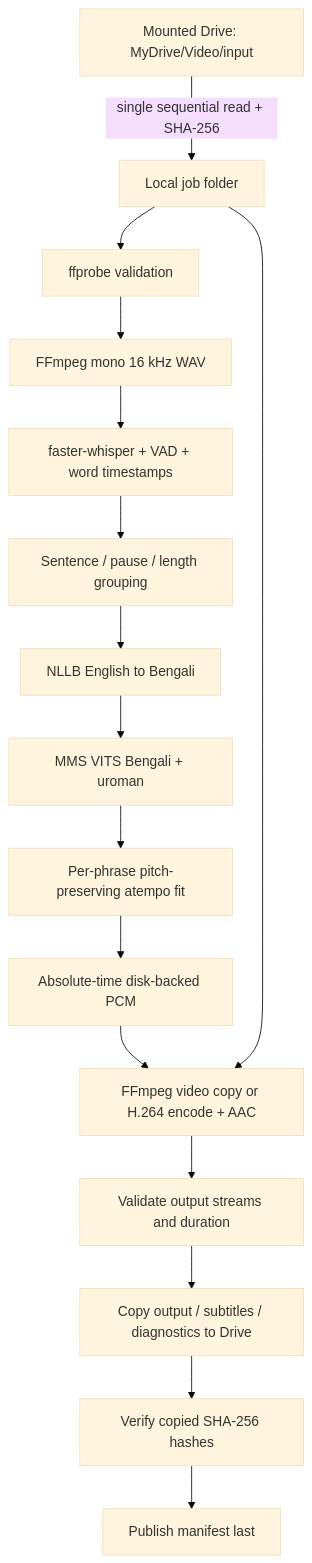
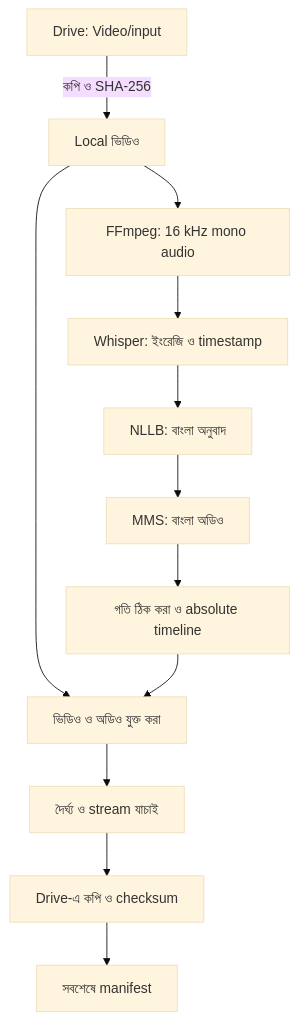
The diagram in docs/ARCHITECTURE.md (redwan-primeAmax/ProXMax), drawn with Mermaid (base theme) before and after one commit. The commit also changed other lines of this file and 11 other files, not shown here.

````diff
--- a/docs/ARCHITECTURE.md
+++ b/docs/ARCHITECTURE.md
@@ -19,18 +39,14 @@
 ```mermaid
 flowchart TD
-    A[Mounted Drive: MyDrive/Video/input] -->|single sequential read + SHA-256| B[Local job folder]
-    B --> C[ffprobe validation]
-    C --> D[FFmpeg mono 16 kHz WAV]
-    D --> E[faster-whisper + VAD + word timestamps]
-    E --> F[Sentence / pause / length grouping]
-    F --> G[NLLB English to Bengali]
-    G --> H[MMS VITS Bengali + uroman]
-    H --> I[Per-phrase pitch-preserving atempo fit]
-    I --> J[Absolute-time disk-backed PCM]
-    J --> K[FFmpeg video copy or H.264 encode + AAC]
-    B --> K
-    K --> L[Validate output streams and duration]
-    L --> M[Copy output / subtitles / diagnostics to Drive]
-    M --> N[Verify copied SHA-256 hashes]
-    N --> O[Publish manifest last]
+    A[Drive: Video/input] -->|কপি ও SHA-256| B[Local ভিডিও]
+    B --> C[FFmpeg: 16 kHz mono audio]
+    C --> D[Whisper: ইংরেজি ও timestamp]
+    D --> E[NLLB: বাংলা অনুবাদ]
+    E --> F[MMS: বাংলা অডিও]
+    F --> G[গতি ঠিক করা ও absolute timeline]
+    B --> H[ভিডিও ও অডিও যুক্ত করা]
+    G --> H
+    H --> I[দৈর্ঘ্য ও stream যাচাই]
+    I --> J[Drive-এ কপি ও checksum]
+    J --> K[সবশেষে manifest]
 ```
````
